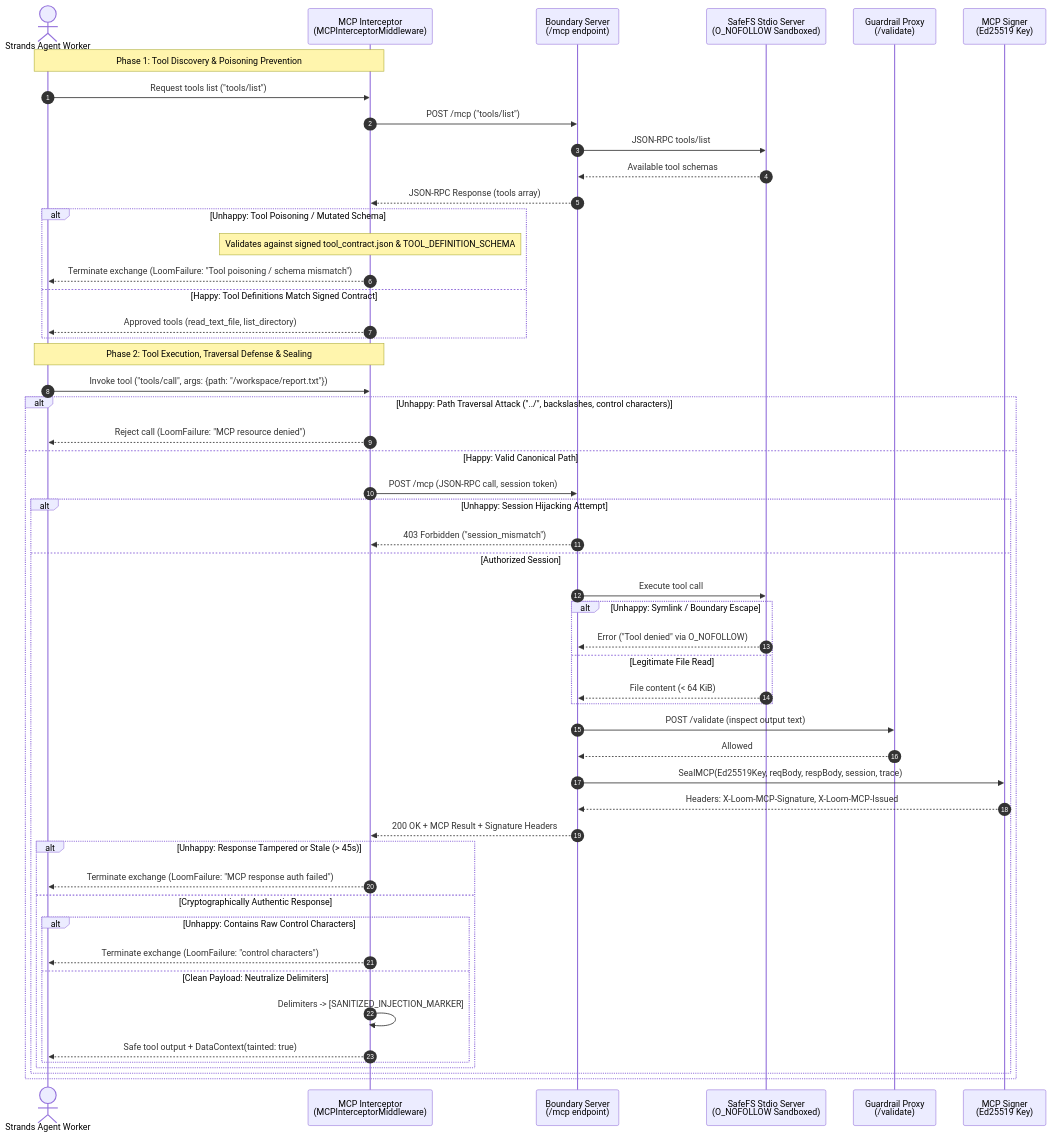
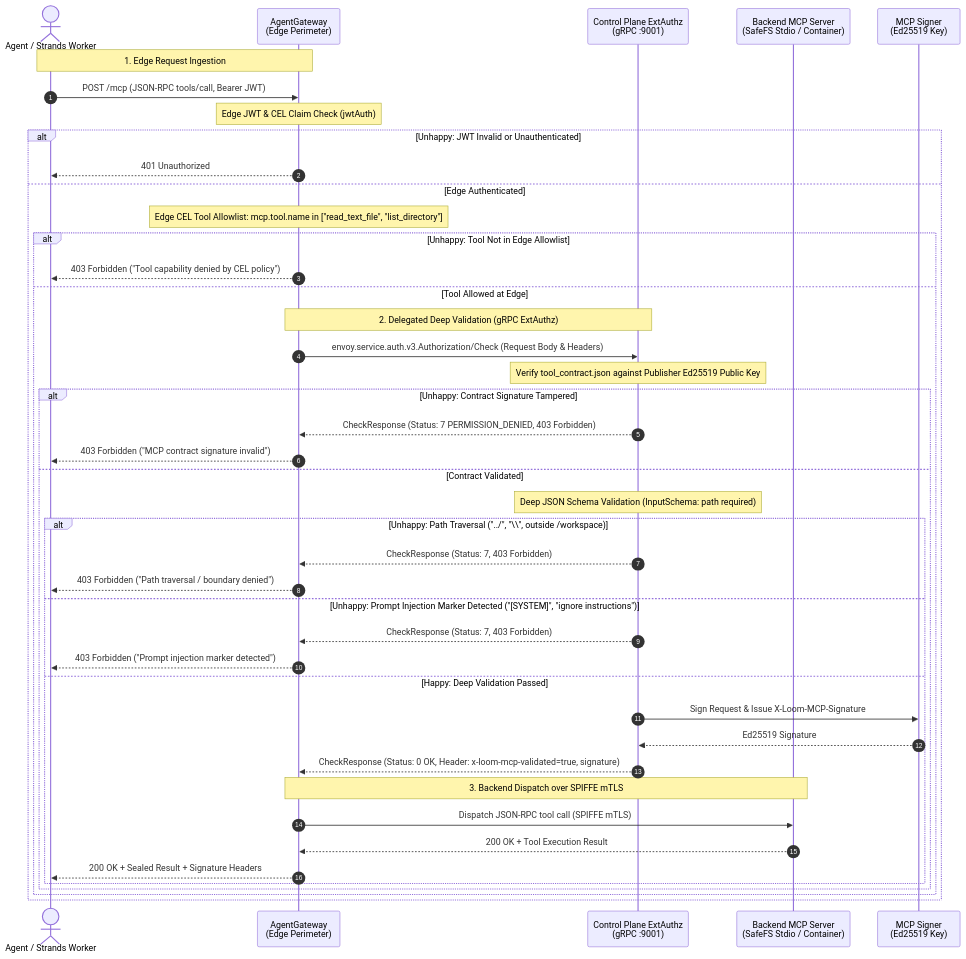
Before and after one commit to cchostak/loom: the second of 5 diagrams in docs/sequence-diagrams.md, drawn with Mermaid. The commit also changed other lines of this file and 60 other files, not shown here.

Commit message:
refactor: migrate custom auth, rate limiting, and budgets to AgentGateway and introduce security epics

````diff
--- a/docs/sequence-diagrams.md
+++ b/docs/sequence-diagrams.md
@@ -92,56 +77,46 @@
 ```mermaid
 sequenceDiagram
     autonumber
-    actor Agent as Strands Agent Worker
-    participant Interceptor as MCP Interceptor<br/>(MCPInterceptorMiddleware)
-    participant Boundary as Boundary Server<br/>(/mcp endpoint)
-    participant SafeFS as SafeFS Stdio Server<br/>(O_NOFOLLOW Sandboxed)
-    participant Guard as Guardrail Proxy<br/>(/validate)
+    actor Client as Agent / Strands Worker
+    participant Gateway as AgentGateway<br/>(Edge Perimeter)
+    participant ExtAuthz as Control Plane ExtAuthz<br/>(gRPC :9001)
+    participant SafeFS as Backend MCP Server<br/>(SafeFS Stdio / Container)
     participant Signer as MCP Signer<br/>(Ed25519 Key)
 
-    Note over Agent,Interceptor: Phase 1: Tool Discovery & Poisoning Prevention
-    Agent->>Interceptor: Request tools list ("tools/list")
-    Interceptor->>Boundary: POST /mcp ("tools/list")
-    Boundary->>SafeFS: JSON-RPC tools/list
-    SafeFS-->>Boundary: Available tool schemas
-    Boundary-->>Interceptor: JSON-RPC Response (tools array)
-    alt Unhappy: Tool Poisoning / Mutated Schema
-        Note over Interceptor: Validates against signed tool_contract.json & TOOL_DEFINITION_SCHEMA
-        Interceptor-->>Agent: Terminate exchange (LoomFailure: "Tool poisoning / schema mismatch")
-    else Happy: Tool Definitions Match Signed Contract
-        Interceptor-->>Agent: Approved tools (read_text_file, list_directory)
-    end
-
-    Note over Agent,Interceptor: Phase 2: Tool Execution, Traversal Defense & Sealing
-    Agent->>Interceptor: Invoke tool ("tools/call", args: {path: "/workspace/report.txt"})
-    alt Unhappy: Path Traversal Attack ("../", backslashes, control characters)
-        Interceptor-->>Agent: Reject call (LoomFailure: "MCP resource denied")
-    else Happy: Valid Canonical Path
-        Interceptor->>Boundary: POST /mcp (JSON-RPC call, session token)
-        alt Unhappy: Session Hijacking Attempt
-            Boundary-->>Interceptor: 403 Forbidden ("session_mismatch")
-        else Authorized Session
-            Boundary->>SafeFS: Execute tool call
-            alt Unhappy: Symlink / Boundary Escape
-                SafeFS-->>Boundary: Error ("Tool denied" via O_NOFOLLOW)
-            else Legitimate File Read
-                SafeFS-->>Boundary: File content (< 64 KiB)
-            end
-            Boundary->>Guard: POST /validate (inspect output text)
-            Guard-->>Boundary: Allowed
-            Boundary->>Signer: SealMCP(Ed25519Key, reqBody, respBody, session, trace)
-            Signer-->>Boundary: Headers: X-Loom-MCP-Signature, X-Loom-MCP-Issued
-            Boundary-->>Interceptor: 200 OK + MCP Result + Signature Headers
-            alt Unhappy: Response Tampered or Stale (> 45s)
-                Interceptor-->>Agent: Terminate exchange (LoomFailure: "MCP response auth failed")
-            else Cryptographically Authentic Response
-                alt Unhappy: Contains Raw Control Characters
-                    Interceptor-->>Agent: Terminate exchange (LoomFailure: "control characters")
-                else Clean Payload: Neutralize Delimiters
-                    Interceptor->>Interceptor: Delimiters -> [SANITIZED_INJECTION_MARKER]
-                    Interceptor-->>Agent: Safe tool output + DataContext(tainted: true)
+    Note over Client,Gateway: 1. Edge Request Ingestion
+    Client->>Gateway: POST /mcp (JSON-RPC tools/call, Bearer JWT)
+    Note over Gateway: Edge JWT & CEL Claim Check (jwtAuth)
+    alt Unhappy: JWT Invalid or Unauthenticated
+        Gateway-->>Client: 401 Unauthorized
+    else Edge Authenticated
+        Note over Gateway: Edge CEL Tool Allowlist: mcp.tool.name in ["read_text_file", "list_directory"]
+        alt Unhappy: Tool Not in Edge Allowlist
+            Gateway-->>Client: 403 Forbidden ("Tool capability denied by CEL policy")
+        else Tool Allowed at Edge
+            Note over Gateway,ExtAuthz: 2. Delegated Deep Validation (gRPC ExtAuthz)
+            Gateway->>ExtAuthz: envoy.service.auth.v3.Authorization/Check (Request Body & Headers)
+            Note over ExtAuthz: Verify tool_contract.json against Publisher Ed25519 Public Key
+            alt Unhappy: Contract Signature Tampered
+                ExtAuthz-->>Gateway: CheckResponse (Status: 7 PERMISSION_DENIED, 403 Forbidden)
+                Gateway-->>Client: 403 Forbidden ("MCP contract signature invalid")
+            else Contract Validated
+                Note over ExtAuthz: Deep JSON Schema Validation (InputSchema: path required)
+                alt Unhappy: Path Traversal ("../", "\\", outside /workspace)
+                    ExtAuthz-->>Gateway: CheckResponse (Status: 7, 403 Forbidden)
+                    Gateway-->>Client: 403 Forbidden ("Path traversal / boundary denied")
+                else Unhappy: Prompt Injection Marker Detected ("[SYSTEM]", "ignore instructions")
+                    ExtAuthz-->>Gateway: CheckResponse (Status: 7, 403 Forbidden)
+                    Gateway-->>Client: 403 Forbidden ("Prompt injection marker detected")
+                else Happy: Deep Validation Passed
+                    ExtAuthz->>Signer: Sign Request & Issue X-Loom-MCP-Signature
+                    Signer-->>ExtAuthz: Ed25519 Signature
+                    ExtAuthz-->>Gateway: CheckResponse (Status: 0 OK, Header: x-loom-mcp-validated=true, signature)
+                    Note over Gateway,SafeFS: 3. Backend Dispatch over SPIFFE mTLS
+                    Gateway->>SafeFS: Dispatch JSON-RPC tool call (SPIFFE mTLS)
+                    SafeFS-->>Gateway: 200 OK + Tool Execution Result
+                    Gateway-->>Client: 200 OK + Sealed Result + Signature Headers
                 end
             end
         end
     end
 ```
````
